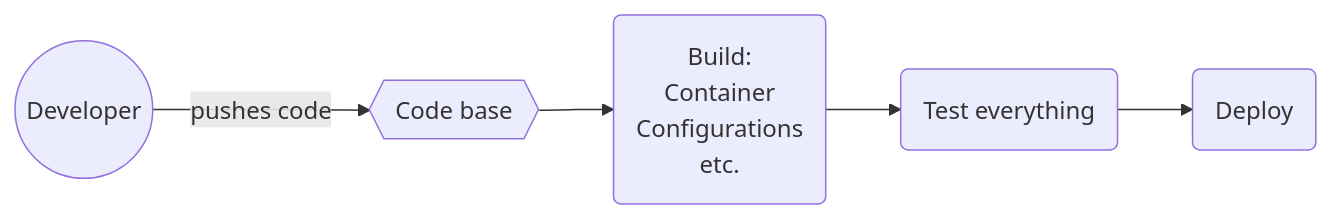
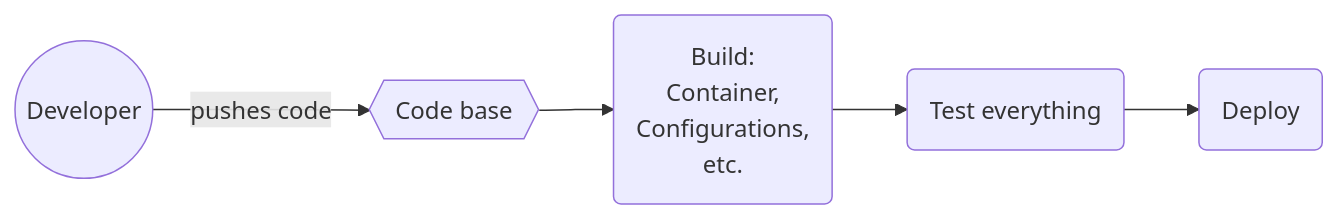
Before and after one commit to aristanetworks/avd-workshops: the diagram in workshops/cicd-basics.md, drawn with Mermaid. The commit also changed other lines of this file and 5 other files, not shown here.

````diff
--- a/workshops/cicd-basics.md
+++ b/workshops/cicd-basics.md
@@ -15,10 +15,10 @@
 ```mermaid
 flowchart LR
 code{{Code base}}
 dev((Developer))
-build(Build:<br>Container<br>Configurations<br>etc.)
+build(Build:<br>Container,<br>Configurations,<br>etc.)
 test(Test everything)
 deploy(Deploy)
 
 dev --pushes code--> code --> build --> test --> deploy
 ```
````
